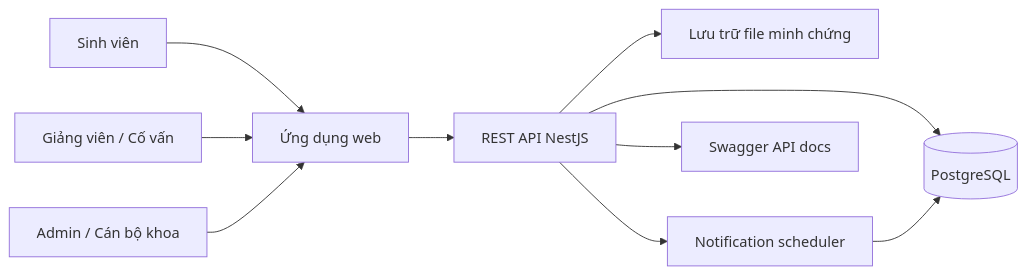
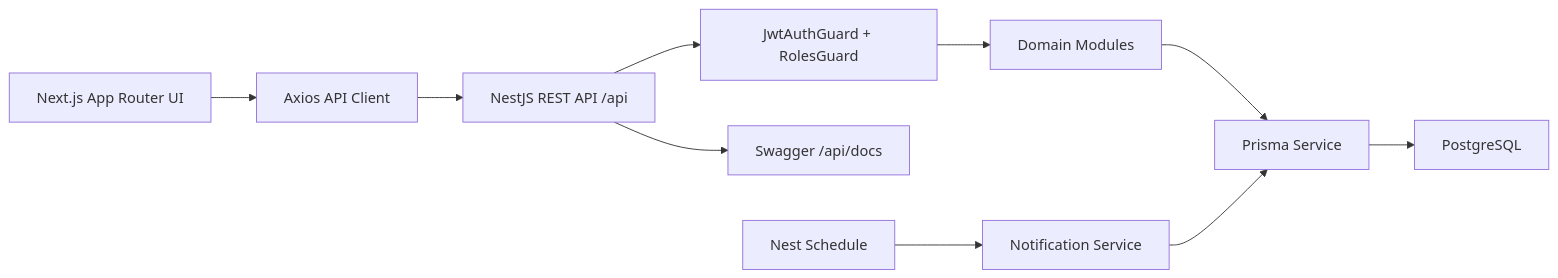
Before and after one commit to haiduong312/student-system: the first of 7 diagrams in docs/system-analysis-and-design.md, drawn with Mermaid. The commit also changed other lines of this file and 14 other files, not shown here.

````diff
--- a/docs/system-analysis-and-design.md
+++ b/docs/system-analysis-and-design.md
@@ -168,14 +80,12 @@
 ```mermaid
 flowchart LR
-    Student["Sinh viên"] --> Web["Ứng dụng web"]
-    Lecturer["Giảng viên / Cố vấn"] --> Web
-    Admin["Admin / Cán bộ khoa"] --> Web
-
-    Web --> API["REST API NestJS"]
-    API --> DB[("PostgreSQL")]
-    API --> Storage["Lưu trữ file minh chứng"]
-    API --> Scheduler["Notification scheduler"]
-    API --> Swagger["Swagger API docs"]
-
-    Scheduler --> DB
+    Browser["Next.js App Router UI"] --> Axios["Axios API Client"]
+    Axios --> API["NestJS REST API /api"]
+    API --> Guards["JwtAuthGuard + RolesGuard"]
+    Guards --> Modules["Domain Modules"]
+    Modules --> Prisma["Prisma Service"]
+    Prisma --> DB["PostgreSQL"]
+    API --> Swagger["Swagger /api/docs"]
+    Scheduler["Nest Schedule"] --> Notifications["Notification Service"]
+    Notifications --> Prisma
 ```
````
